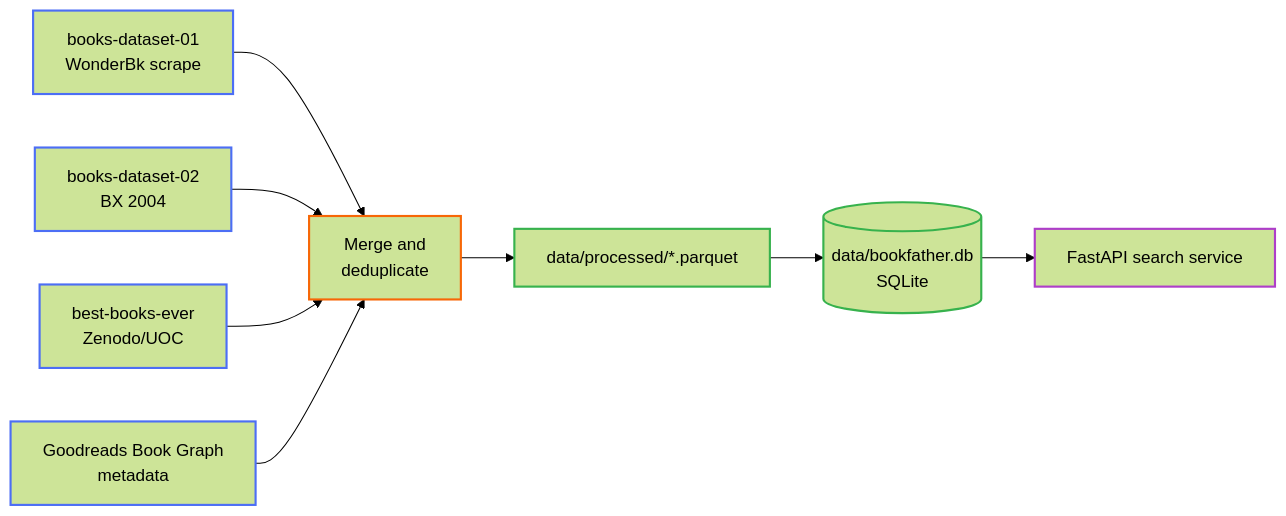
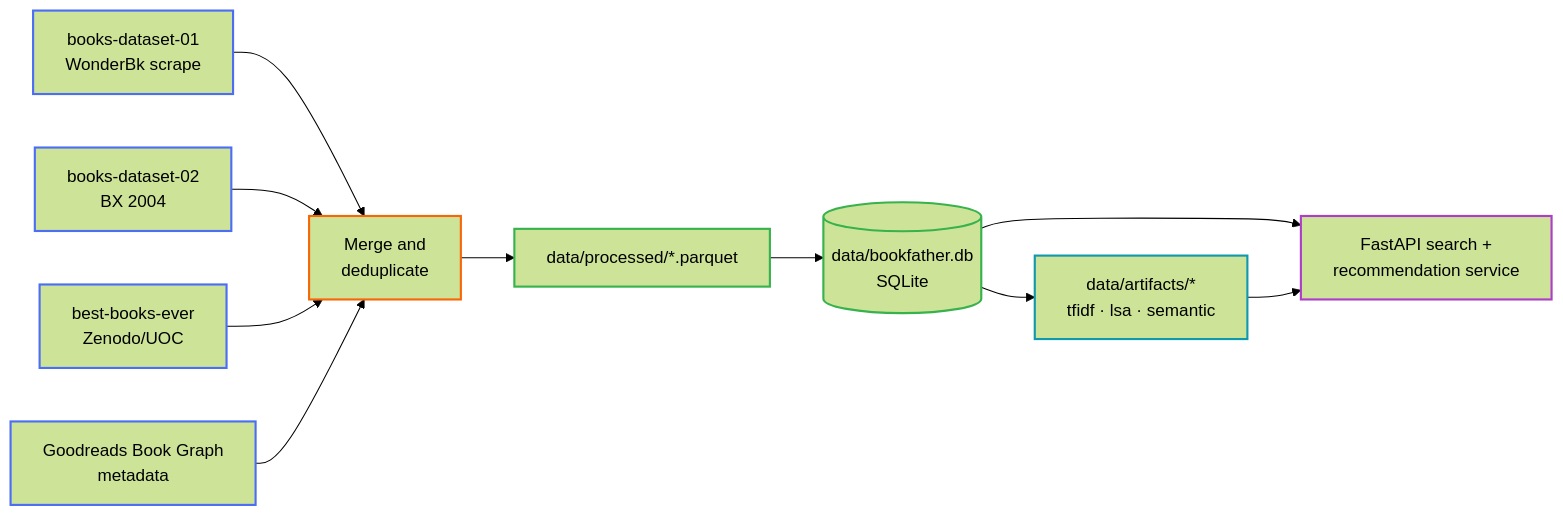
The diagram in docs/index.md (SRExpress/the-bookfather), drawn with Mermaid (forest theme) before and after one commit. The commit also changed other lines of this file and 24 other files, not shown here.

````diff
--- a/docs/index.md
+++ b/docs/index.md
@@ -32,19 +33,22 @@
 ```mermaid
 flowchart LR
     A[books-dataset-01<br/>WonderBk scrape] --> M[Merge and<br/>deduplicate]
     B[books-dataset-02<br/>BX 2004] --> M
     C[best-books-ever<br/>Zenodo/UOC] --> M
     D[Goodreads Book Graph<br/>metadata] --> M
     M --> P[data/processed/*.parquet]
     P --> S[(data/bookfather.db<br/>SQLite)]
-    S --> API[FastAPI search service]
+    S --> API[FastAPI search +<br/>recommendation service]
+    S --> AR[data/artifacts/*<br/>tfidf · lsa · semantic]
+    AR --> API
 
     style A stroke:#4C6EF5,stroke-width:2px
     style B stroke:#4C6EF5,stroke-width:2px
     style C stroke:#4C6EF5,stroke-width:2px
     style D stroke:#4C6EF5,stroke-width:2px
     style M stroke:#F76707,stroke-width:2px
     style P stroke:#37B24D,stroke-width:2px
     style S stroke:#37B24D,stroke-width:2px
+    style AR stroke:#1098AD,stroke-width:2px
     style API stroke:#AE3EC9,stroke-width:2px
 ```
````
